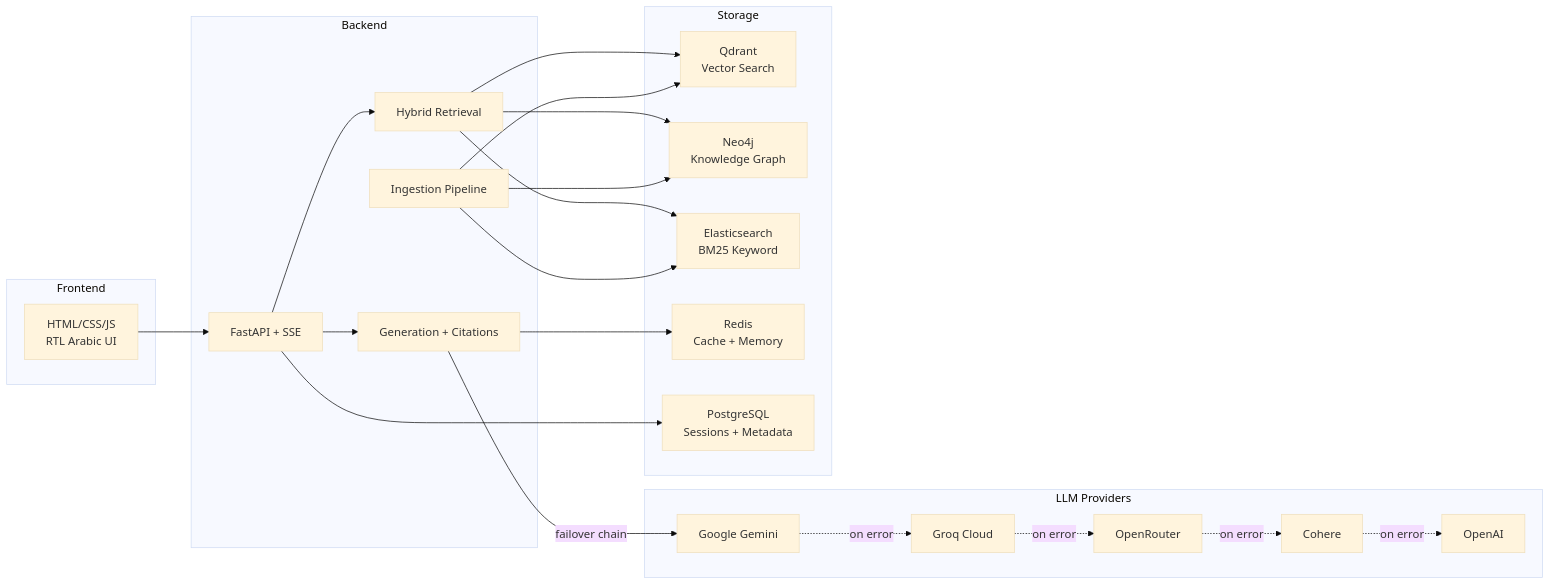
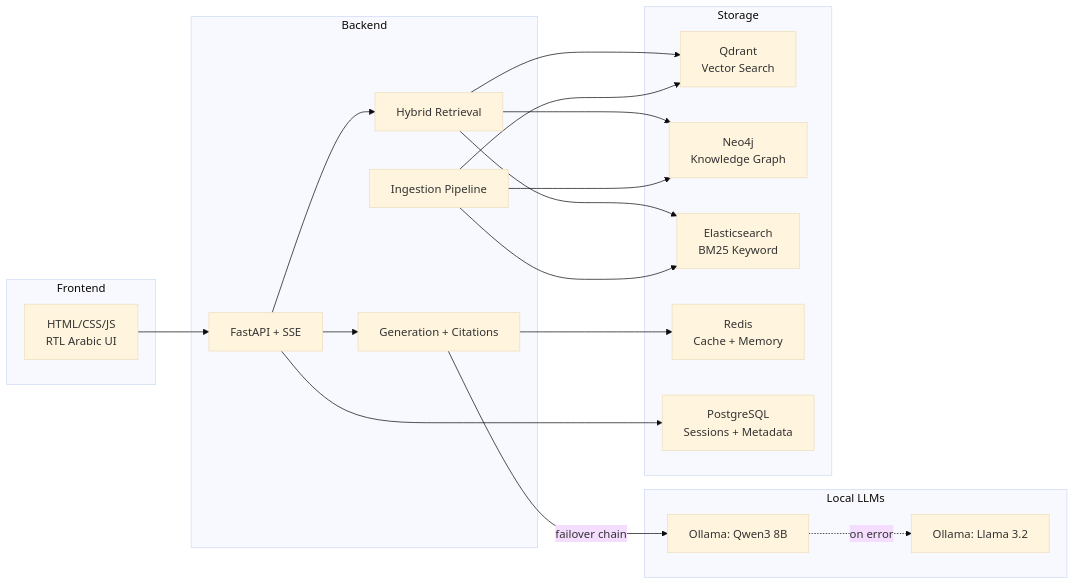
One commit to MohammedHamza0/Faqih.ai changed the first of 3 diagrams in README.md. Above: the diagram before and after it, drawn with Mermaid (base theme). The commit also changed other lines of this file, not shown here.

Commit message:
refactor: transition LLM architecture from cloud providers to local Ollama models with failover support

````diff
--- a/README.md
+++ b/README.md
@@ -9,38 +9,32 @@
 ```mermaid
 graph LR
     subgraph Frontend
         A[HTML/CSS/JS<br>RTL Arabic UI]
     end
     subgraph Backend
         B[FastAPI + SSE]
         C[Ingestion Pipeline]
         D[Hybrid Retrieval]
         E[Generation + Citations]
     end
-    subgraph LLM Providers
-        L1[Google Gemini]
-        L2[Groq Cloud]
-        L3[OpenRouter]
-        L4[Cohere]
-        L5[OpenAI]
+    subgraph Local LLMs
+        L1[Ollama: Qwen3 8B]
+        L2[Ollama: Llama 3.2]
     end
     subgraph Storage
         F[Qdrant<br>Vector Search]
         G[Neo4j<br>Knowledge Graph]
         H[Elasticsearch<br>BM25 Keyword]
         I[Redis<br>Cache + Memory]
         J[PostgreSQL<br>Sessions + Metadata]
     end
     A --> B
     B --> D
     D --> F & G & H
     B --> E
     E -->|failover chain| L1
     L1 -.->|on error| L2
-    L2 -.->|on error| L3
-    L3 -.->|on error| L4
-    L4 -.->|on error| L5
     E --> I
     C --> F & G & H
     B --> J
 ```
````
